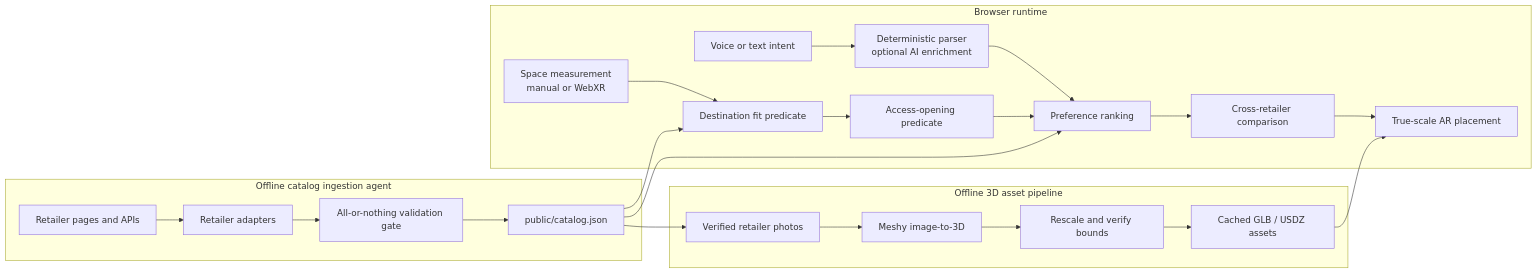
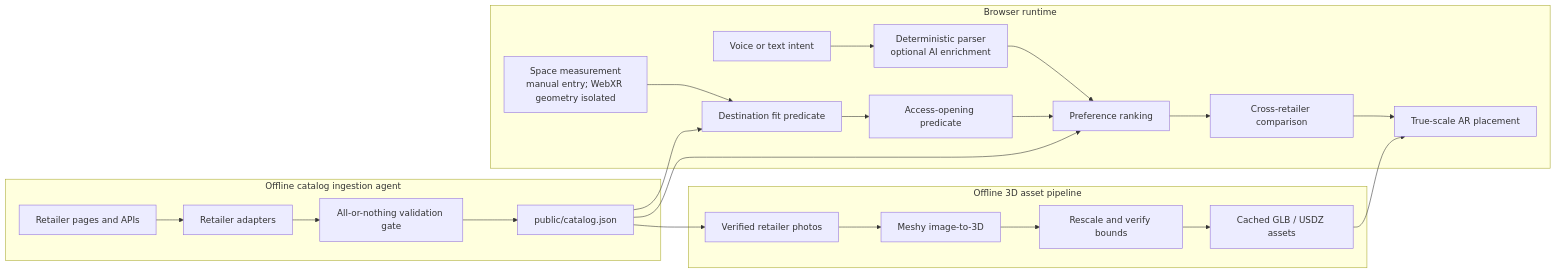
The diagram in README.md (tuilachit/nighthackathon), drawn with Mermaid before and after one commit. The commit also changed other lines of this file and 9 other files, not shown here.

Commit message:
feat(fit): add honest manual measurement entry

````diff
--- a/README.md
+++ b/README.md
@@ -17,40 +17,40 @@
 ```mermaid
 flowchart LR
   subgraph Runtime["Browser runtime"]
-    Measure["Space measurement<br/>manual or WebXR"]
+    Measure["Space measurement<br/>manual entry; WebXR geometry isolated"]
     Intent["Voice or text intent"]
     Parse["Deterministic parser<br/>optional AI enrichment"]
     Fit["Destination fit predicate"]
     Access["Access-opening predicate"]
     Rank["Preference ranking"]
     Compare["Cross-retailer comparison"]
     AR["True-scale AR placement"]
 
     Measure --> Fit
     Intent --> Parse --> Rank
     Fit --> Access --> Rank --> Compare --> AR
   end
 
   subgraph Ingestion["Offline catalog ingestion agent"]
     Retailers["Retailer pages and APIs"]
     Adapters["Retailer adapters"]
     Validate["All-or-nothing validation gate"]
     Catalog["public/catalog.json"]
 
     Retailers --> Adapters --> Validate --> Catalog
   end
 
   subgraph Assets["Offline 3D asset pipeline"]
     Photos["Verified retailer photos"]
     Meshy["Meshy image-to-3D"]
     Scale["Rescale and verify bounds"]
     Models["Cached GLB / USDZ assets"]
 
     Photos --> Meshy --> Scale --> Models
   end
 
   Catalog --> Fit
   Catalog --> Rank
   Catalog --> Photos
   Models --> AR
 ```
````
